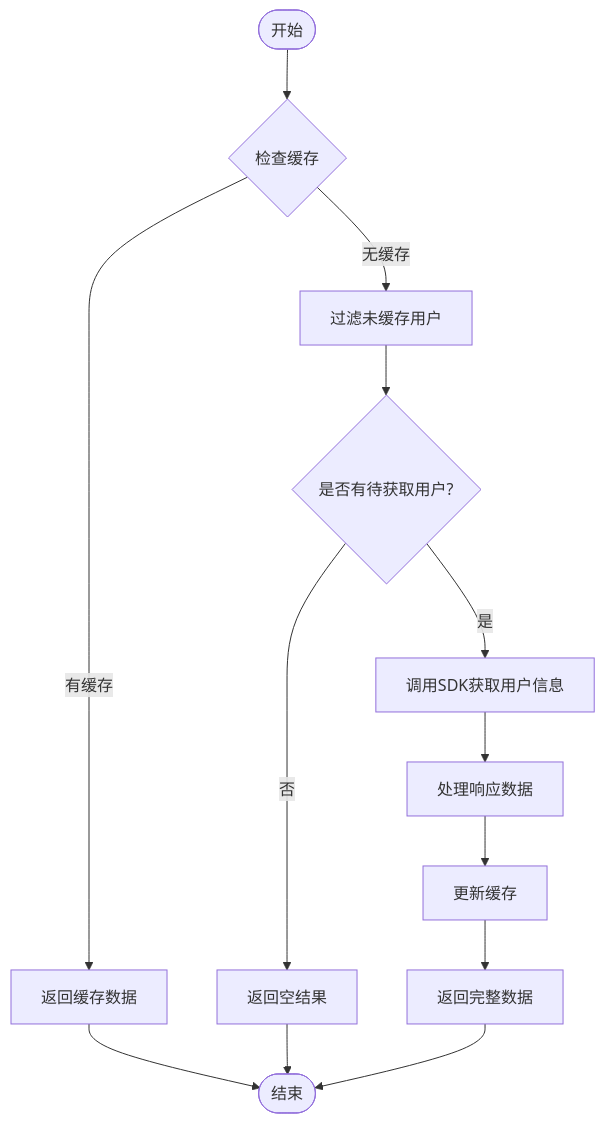
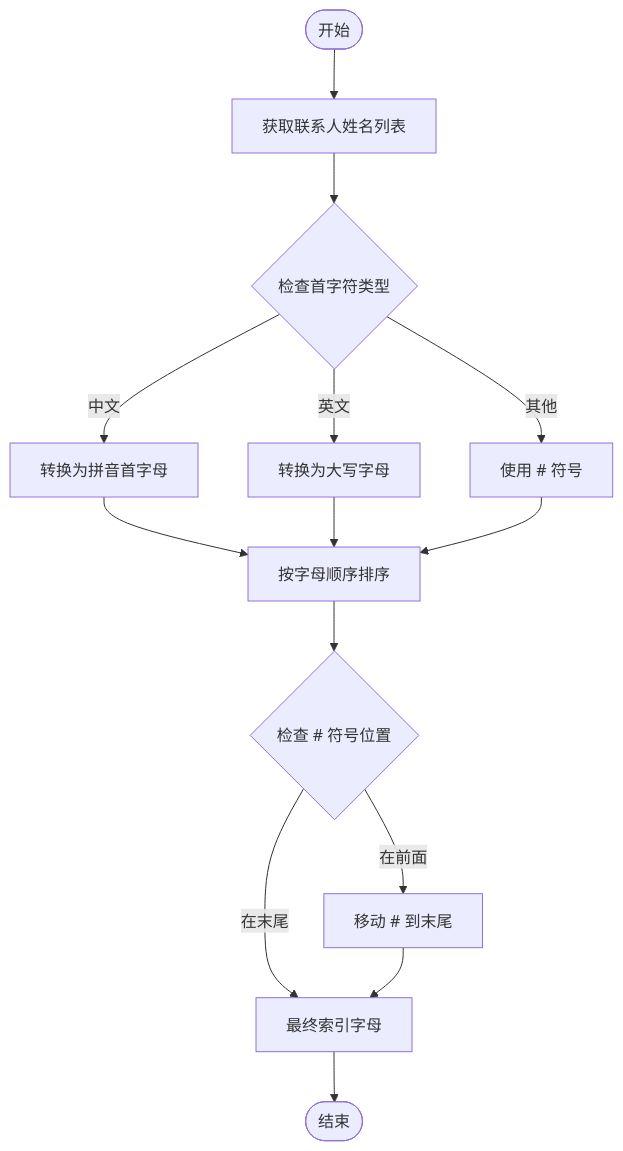
Before and after one commit to Easemob-Community/easemob-uikit-uniapp-community: the sixth of 7 diagrams in .qoder/repowiki/zh/content/Contacts Page.md, drawn with Mermaid. The commit also changed other lines of this file and 5 other files, not shown here.

````diff
--- a/.qoder/repowiki/zh/content/Contacts Page.md
+++ b/.qoder/repowiki/zh/content/Contacts Page.md
@@ -281,15 +278,16 @@
 ```mermaid
 flowchart TD
-Start([开始]) --> CheckCache{检查缓存}
-CheckCache --> |有缓存| ReturnCached[返回缓存数据]
-CheckCache --> |无缓存| FilterUsers[过滤未缓存用户]
-FilterUsers --> HasUsers{是否有待获取用户?}
-HasUsers --> |否| ReturnEmpty[返回空结果]
-HasUsers --> |是| CallSDK[调用SDK获取用户信息]
-CallSDK --> ProcessResponse[处理响应数据]
-ProcessResponse --> UpdateCache[更新缓存]
-UpdateCache --> ReturnData[返回完整数据]
-ReturnCached --> End([结束])
-ReturnEmpty --> End
-ReturnData --> End
+Start([开始]) --> GetNames[获取联系人姓名列表]
+GetNames --> CheckChar{检查首字符类型}
+CheckChar --> |中文| Pinyin[转换为拼音首字母]
+CheckChar --> |英文| Upper[转换为大写字母]
+CheckChar --> |其他| Hash[使用 # 符号]
+Pinyin --> Sort[按字母顺序排序]
+Upper --> Sort
+Hash --> Sort
+Sort --> RemoveHash{检查 # 符号位置}
+RemoveHash --> |在末尾| Final[最终索引字母]
+RemoveHash --> |在前面| MoveHash[移动 # 到末尾]
+MoveHash --> Final
+Final --> End([结束])
 ```
````
